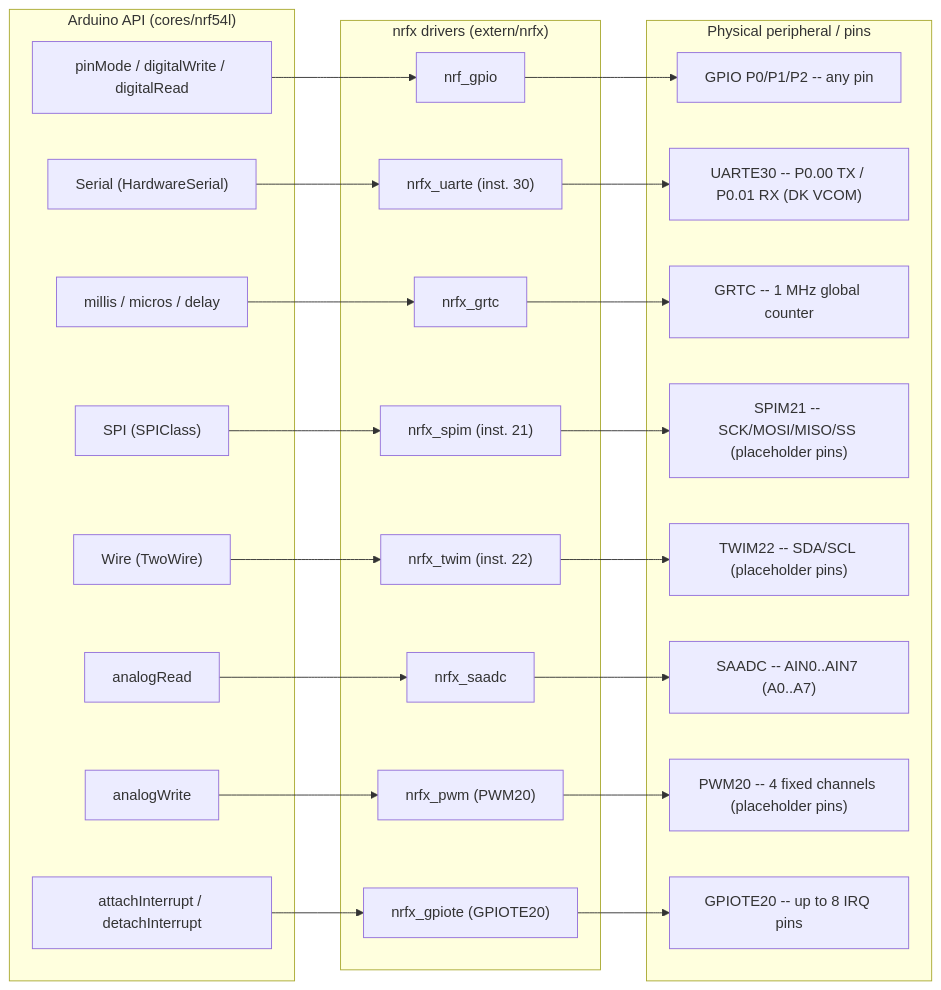
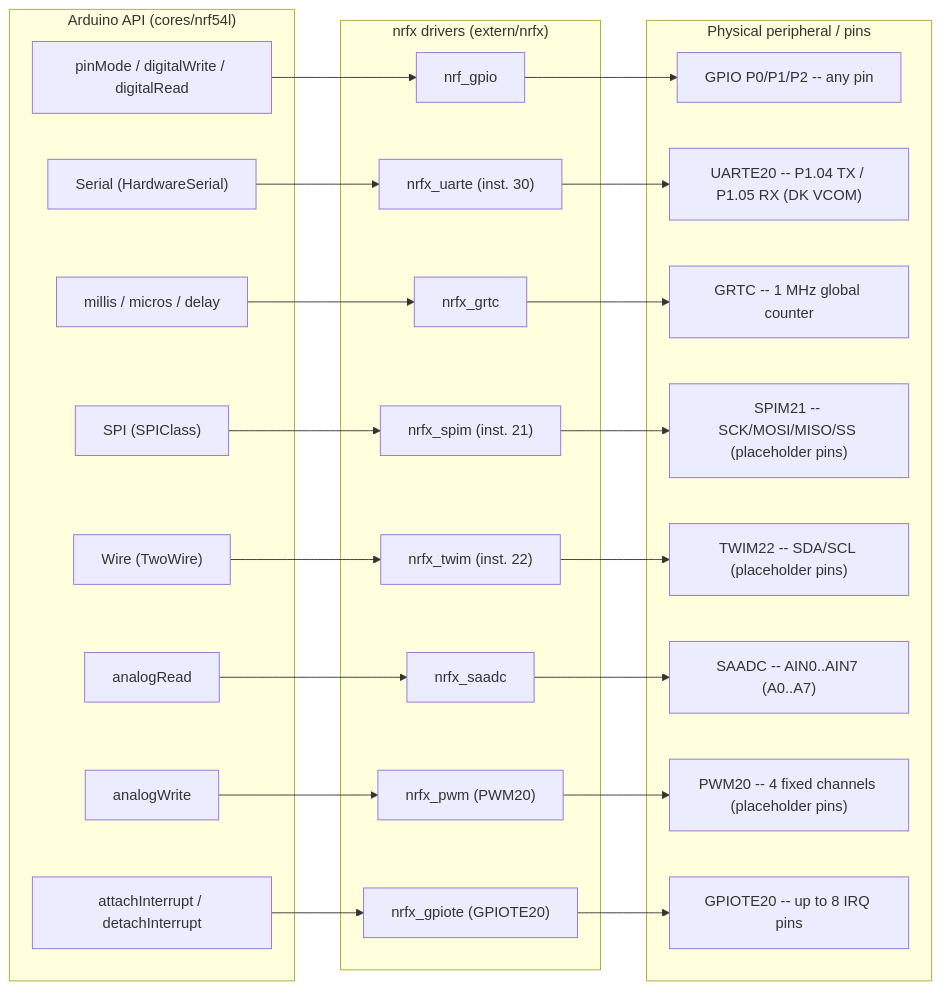
Before and after one commit to saikumar-mandaji/arduino-nrf54: the diagram in docs/GUIDE.md, drawn with Mermaid. The commit also changed other lines of this file and 9 other files, not shown here.

````diff
--- a/docs/GUIDE.md
+++ b/docs/GUIDE.md
@@ -115,44 +115,44 @@
 ```mermaid
 flowchart LR
     subgraph API["Arduino API (cores/nrf54l)"]
         A1["pinMode / digitalWrite / digitalRead"]
         A2["Serial (HardwareSerial)"]
         A3["millis / micros / delay"]
         A4["SPI (SPIClass)"]
         A5["Wire (TwoWire)"]
         A6["analogRead"]
         A7["analogWrite"]
         A8["attachInterrupt / detachInterrupt"]
     end
 
     subgraph NRFX["nrfx drivers (extern/nrfx)"]
         D1["nrf_gpio"]
         D2["nrfx_uarte (inst. 30)"]
         D3["nrfx_grtc"]
         D4["nrfx_spim (inst. 21)"]
         D5["nrfx_twim (inst. 22)"]
         D6["nrfx_saadc"]
         D7["nrfx_pwm (PWM20)"]
         D8["nrfx_gpiote (GPIOTE20)"]
     end
 
     subgraph HW["Physical peripheral / pins"]
         H1["GPIO P0/P1/P2 -- any pin"]
-        H2["UARTE30 -- P0.00 TX / P0.01 RX (DK VCOM)"]
+        H2["UARTE20 -- P1.04 TX / P1.05 RX (DK VCOM)"]
         H3["GRTC -- 1 MHz global counter"]
         H4["SPIM21 -- SCK/MOSI/MISO/SS (placeholder pins)"]
         H5["TWIM22 -- SDA/SCL (placeholder pins)"]
         H6["SAADC -- AIN0..AIN7 (A0..A7)"]
         H7["PWM20 -- 4 fixed channels (placeholder pins)"]
         H8["GPIOTE20 -- up to 8 IRQ pins"]
     end
 
     A1 --> D1 --> H1
     A2 --> D2 --> H2
     A3 --> D3 --> H3
     A4 --> D4 --> H4
     A5 --> D5 --> H5
     A6 --> D6 --> H6
     A7 --> D7 --> H7
     A8 --> D8 --> H8
 ```
````
